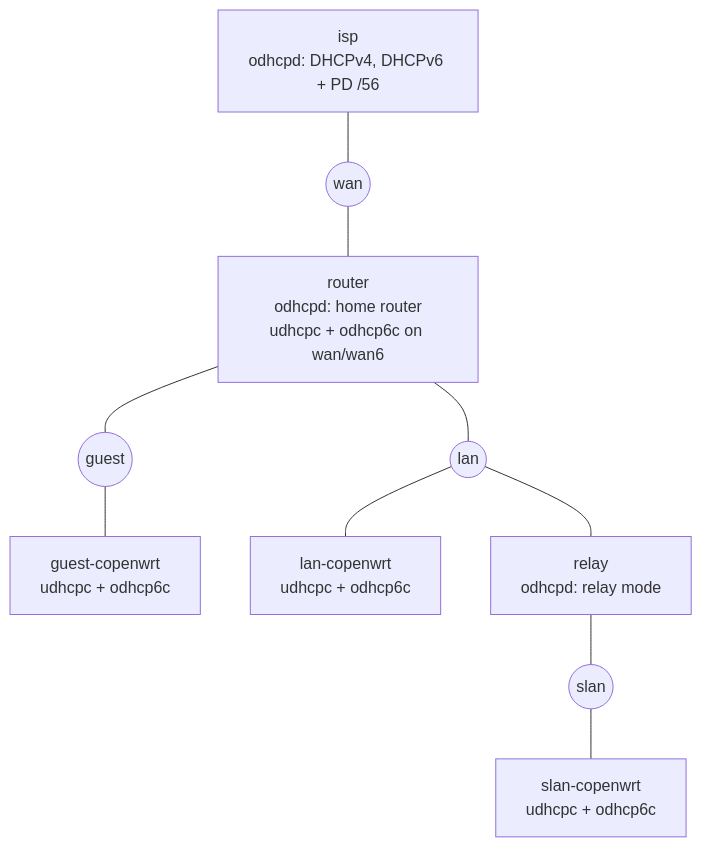
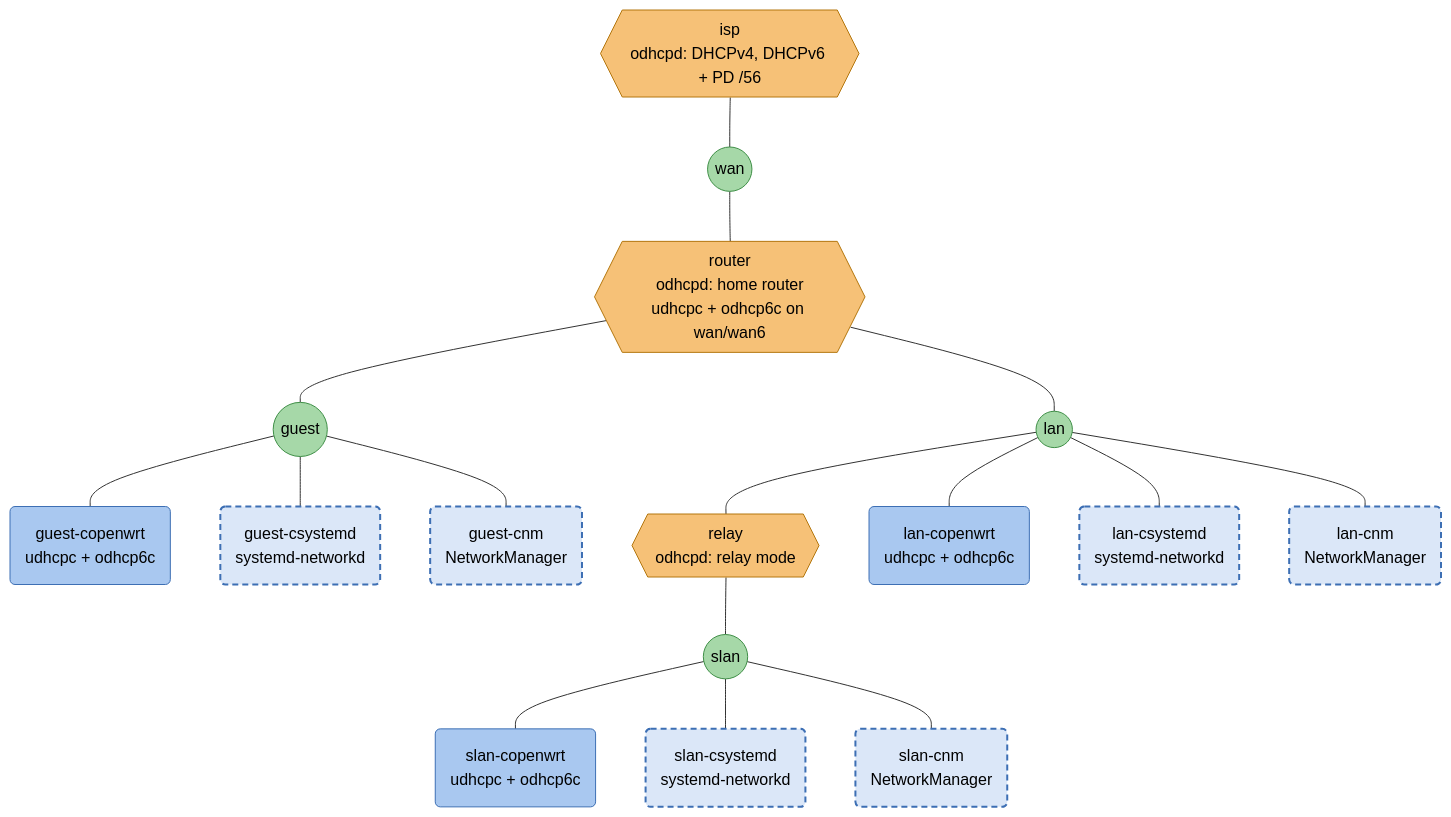
One commit to Alphix/odhcpd changed the diagram in LAB.md. Above: the diagram before and after it, drawn with Mermaid. The commit also changed other lines of this file and 10 other files, not shown here.

First line of the commit message:
tests: lab: add systemd-networkd and NetworkManager clients

````diff
--- a/LAB.md
+++ b/LAB.md
@@ -10,20 +10,37 @@
 ```mermaid
 flowchart TB
-    isp["isp<br/>odhcpd: DHCPv4, DHCPv6 + PD /56"]
+    isp{{"isp<br/>odhcpd: DHCPv4, DHCPv6 + PD /56"}}
     wan(("wan"))
-    router["router<br/>odhcpd: home router<br/>udhcpc + odhcp6c on wan/wan6"]
+    router{{"router<br/>odhcpd: home router<br/>udhcpc + odhcp6c on wan/wan6"}}
     guest(("guest"))
     lan(("lan"))
-    relay["relay<br/>odhcpd: relay mode"]
+    relay{{"relay<br/>odhcpd: relay mode"}}
     slan(("slan"))
-    gc["guest-copenwrt<br/>udhcpc + odhcp6c"]
-    lc["lan-copenwrt<br/>udhcpc + odhcp6c"]
-    sc["slan-copenwrt<br/>udhcpc + odhcp6c"]
+    go("guest-copenwrt<br/>udhcpc + odhcp6c")
+    gs("guest-csystemd<br/>systemd-networkd")
+    gn("guest-cnm<br/>NetworkManager")
+    lo("lan-copenwrt<br/>udhcpc + odhcp6c")
+    ls("lan-csystemd<br/>systemd-networkd")
+    ln("lan-cnm<br/>NetworkManager")
+    so("slan-copenwrt<br/>udhcpc + odhcp6c")
+    ss("slan-csystemd<br/>systemd-networkd")
+    sn("slan-cnm<br/>NetworkManager")
+
+    classDef odhcpd fill:#f6c177,stroke:#b4770e,color:#000
+    classDef network fill:#a6d8a8,stroke:#3f8f47,color:#000
+    classDef client fill:#a9c8f0,stroke:#3d6fb4,color:#000
+    classDef optional fill:#dbe7f8,stroke:#3d6fb4,color:#000,stroke-width:2px,stroke-dasharray: 6 4
+    class isp,router,relay odhcpd
+    class wan,guest,lan,slan network
+    class go,lo,so client
+    class gs,gn,ls,ln,ss,sn optional
 
     isp --- wan --- router
-    router --- guest --- gc
+    router --- guest
+    guest --- go & gs & gn
     router --- lan
-    lan --- lc
     lan --- relay
-    relay --- slan --- sc
+    lan --- lo & ls & ln
+    relay --- slan
+    slan --- so & ss & sn
 ```
````
